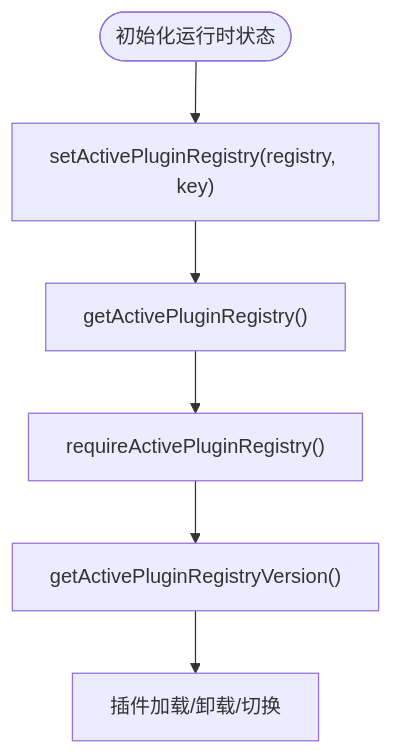
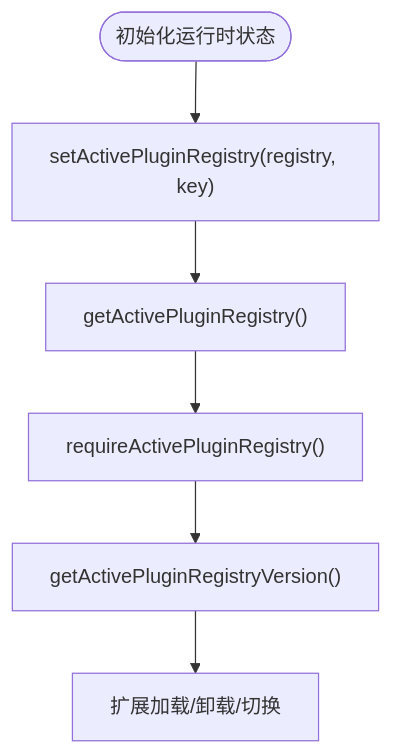
Before and after one commit to verse-ai-org/openclaw: the eighth of 9 diagrams in .qoder/repowiki/zh/content/插件系统/插件系统.md, drawn with Mermaid. The commit also changed other lines of this file and 9 other files, not shown here.

````diff
--- a/.qoder/repowiki/zh/content/插件系统/插件系统.md
+++ b/.qoder/repowiki/zh/content/插件系统/插件系统.md
@@ -300,8 +823,8 @@
 ```mermaid
 flowchart TD
 Init(["初始化运行时状态"]) --> SetReg["setActivePluginRegistry(registry, key)"]
 SetReg --> GetReg["getActivePluginRegistry()"]
 GetReg --> RequireReg["requireActivePluginRegistry()"]
 RequireReg --> Version["getActivePluginRegistryVersion()"]
-Version --> Use["插件加载/卸载/切换"]
+Version --> Use["扩展加载/卸载/切换"]
 ```
````
